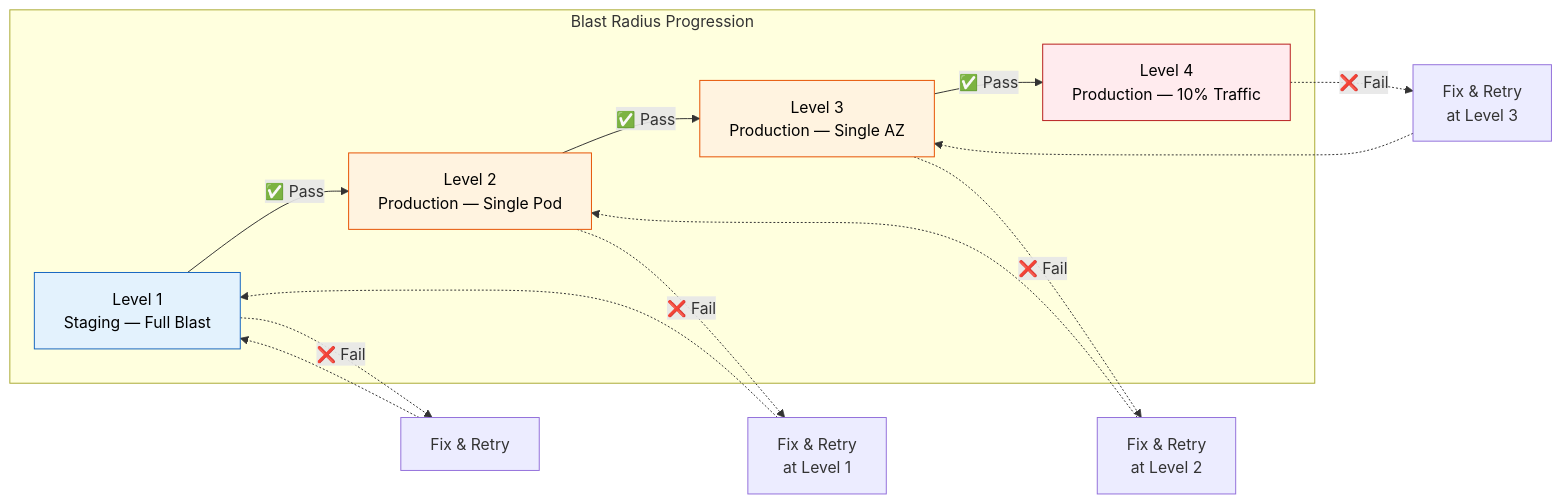
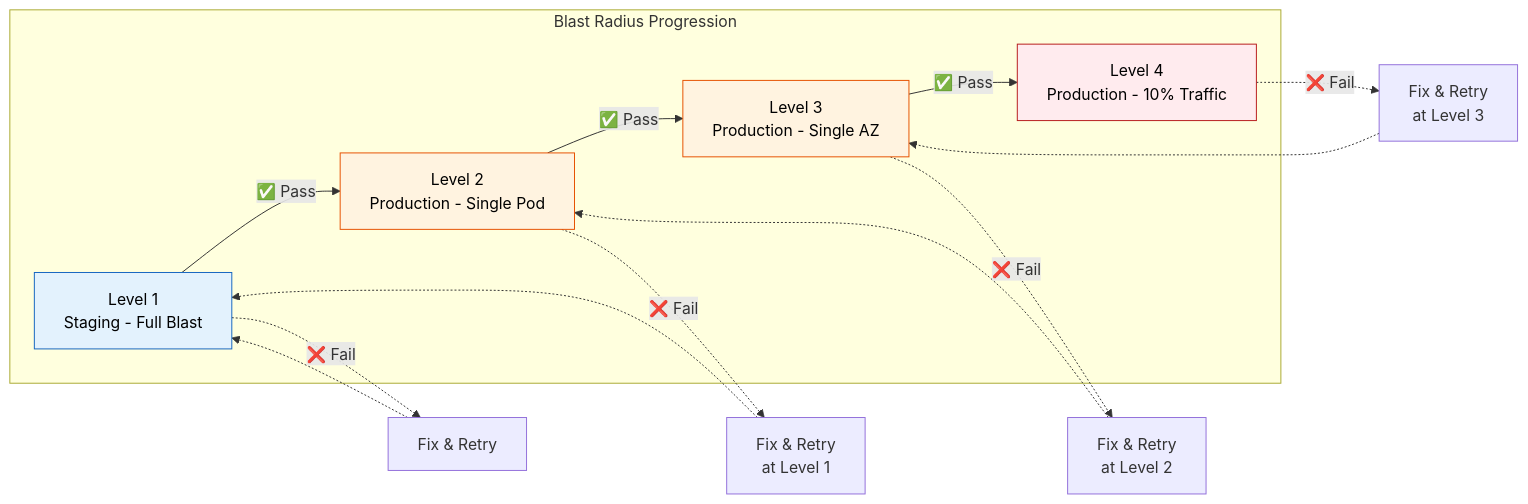
One commit to rishikeshdhokare/platform-manifesto changed the fourth of 4 diagrams in 05-operational-excellence/06-chaos-engineering.md. Above: the diagram before and after it, drawn with Mermaid. The commit also changed other lines of this file and 20 other files, not shown here.

````diff
--- a/05-operational-excellence/06-chaos-engineering.md
+++ b/05-operational-excellence/06-chaos-engineering.md
@@ -264,28 +264,28 @@
 ```mermaid
 graph LR
     subgraph "Blast Radius Progression"
-        L1["Level 1\nStaging — Full Blast"]
-        L2["Level 2\nProduction — Single Pod"]
-        L3["Level 3\nProduction — Single AZ"]
-        L4["Level 4\nProduction — 10% Traffic"]
+        L1["Level 1\nStaging - Full Blast"]
+        L2["Level 2\nProduction - Single Pod"]
+        L3["Level 3\nProduction - Single AZ"]
+        L4["Level 4\nProduction - 10% Traffic"]
     end
 
     L1 -->|"✅ Pass"| L2
     L2 -->|"✅ Pass"| L3
     L3 -->|"✅ Pass"| L4
 
     L1 -.->|"❌ Fail"| FIX1["Fix & Retry"]
     L2 -.->|"❌ Fail"| FIX2["Fix & Retry\nat Level 1"]
     L3 -.->|"❌ Fail"| FIX3["Fix & Retry\nat Level 2"]
     L4 -.->|"❌ Fail"| FIX4["Fix & Retry\nat Level 3"]
 
     FIX1 -.-> L1
     FIX2 -.-> L1
     FIX3 -.-> L2
     FIX4 -.-> L3
 
     style L1 fill:#E3F2FD,stroke:#1565C0,color:#000
     style L2 fill:#FFF3E0,stroke:#E65100,color:#000
     style L3 fill:#FFF3E0,stroke:#E65100,color:#000
     style L4 fill:#FFEBEE,stroke:#B71C1C,color:#000
 ```
````
